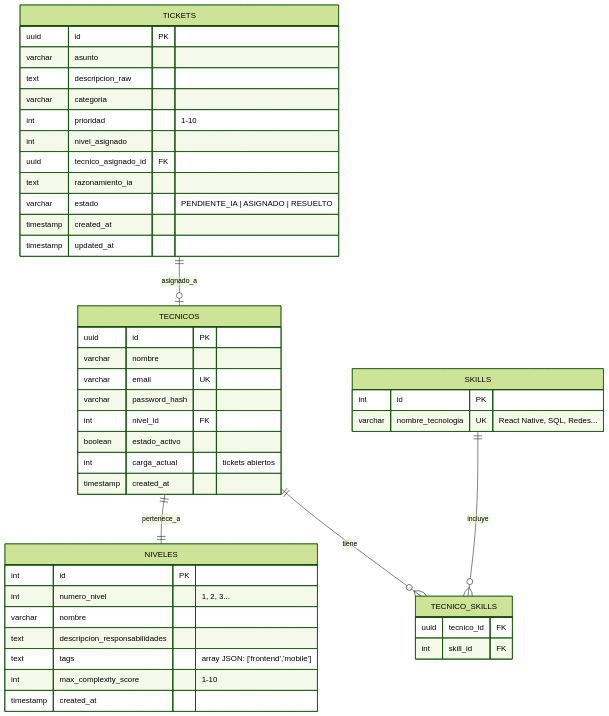
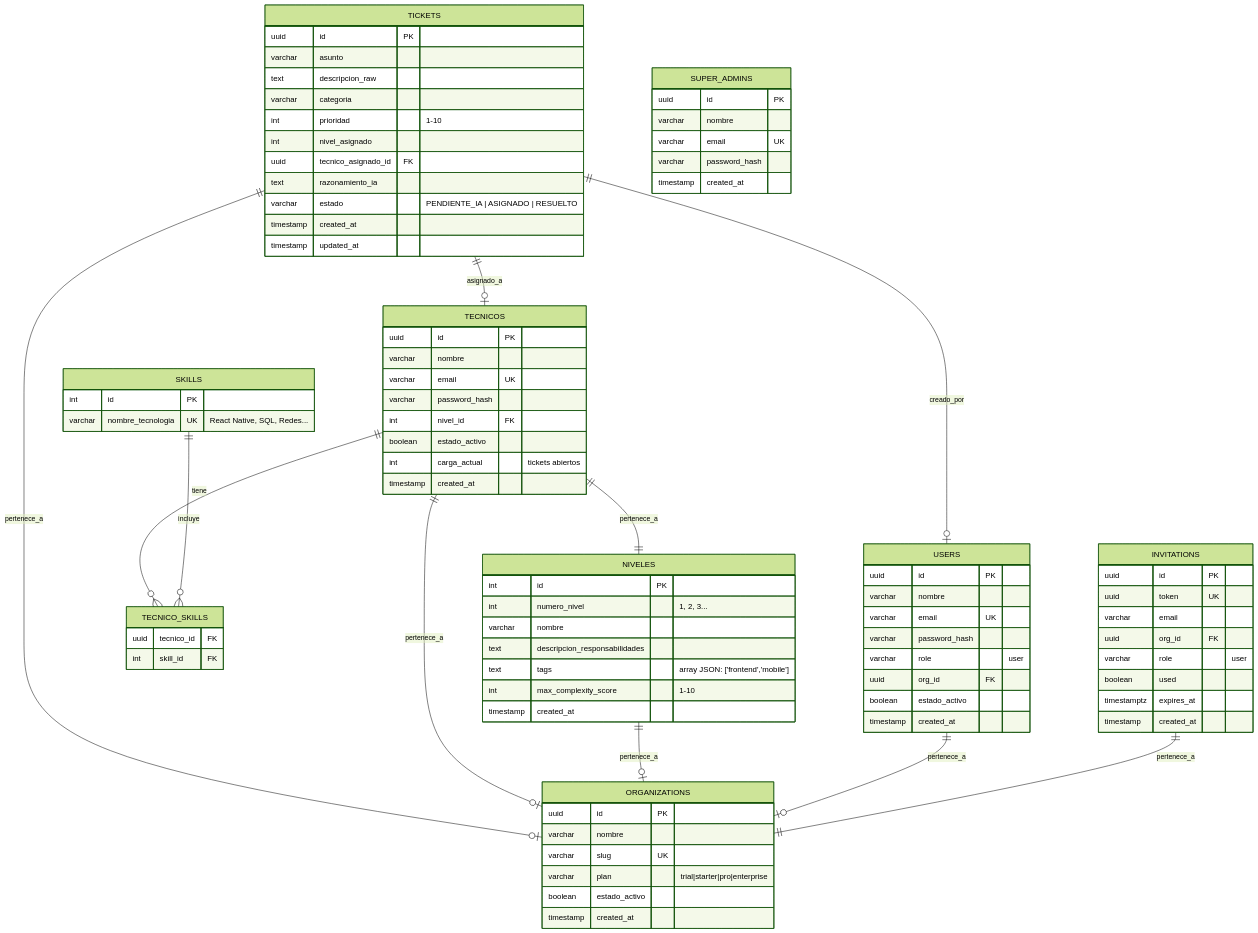
The third of 6 diagrams in SDD.md (ivanviveros007/helpdesk-ai-service), drawn with Mermaid (forest theme) before and after one commit. The commit also changed other lines of this file, not shown here.

````diff
--- a/SDD.md
+++ b/SDD.md
@@ -480,8 +486,53 @@
         int skill_id FK
     }
 
+    ORGANIZATIONS {
+        uuid id PK
+        varchar nombre
+        varchar slug UK
+        varchar plan "trial|starter|pro|enterprise"
+        boolean estado_activo
+        timestamp created_at
+    }
+
+    USERS {
+        uuid id PK
+        varchar nombre
+        varchar email UK
+        varchar password_hash
+        varchar role "user"
+        uuid org_id FK
+        boolean estado_activo
+        timestamp created_at
+    }
+
+    SUPER_ADMINS {
+        uuid id PK
+        varchar nombre
+        varchar email UK
+        varchar password_hash
+        timestamp created_at
+    }
+
+    INVITATIONS {
+        uuid id PK
+        uuid token UK
+        varchar email
+        uuid org_id FK
+        varchar role "user"
+        boolean used
+        timestamptz expires_at
+        timestamp created_at
+    }
+
     TICKETS ||--o| TECNICOS : "asignado_a"
+    TICKETS ||--o| USERS : "creado_por"
+    TICKETS ||--o| ORGANIZATIONS : "pertenece_a"
     TECNICOS ||--|| NIVELES : "pertenece_a"
     TECNICOS ||--o{ TECNICO_SKILLS : "tiene"
     SKILLS ||--o{ TECNICO_SKILLS : "incluye"
+    TECNICOS ||--o| ORGANIZATIONS : "pertenece_a"
+    NIVELES ||--o| ORGANIZATIONS : "pertenece_a"
+    USERS ||--o| ORGANIZATIONS : "pertenece_a"
+    INVITATIONS ||--|| ORGANIZATIONS : "pertenece_a"
 ```
````
